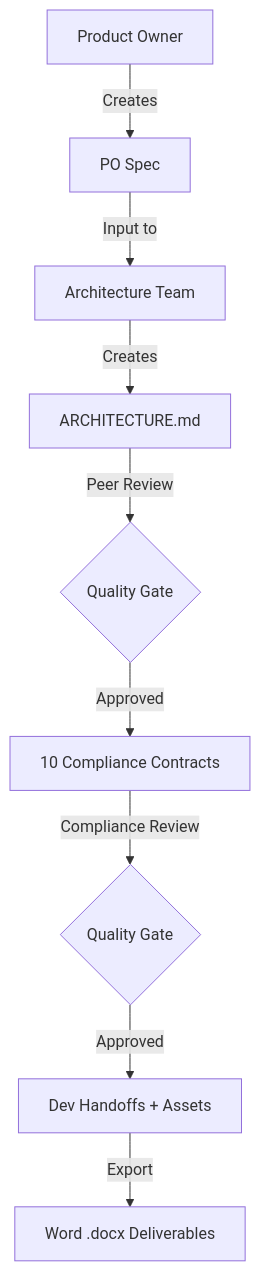
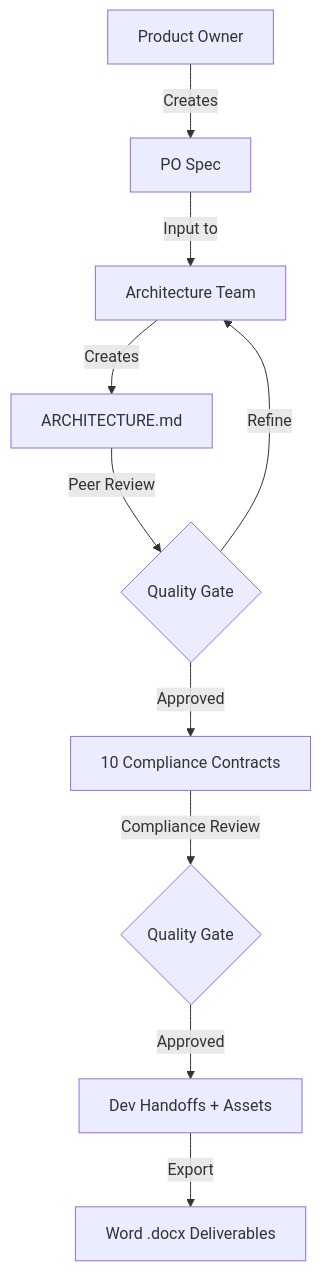
One commit to shadowX4fox/solutions-architect-skills changed the diagram in README.md. Above: the diagram before and after it, drawn with Mermaid. The commit also changed other lines of this file and 2 other files, not shown here.

Commit message:
docs: add refinement feedback edge from peer review Quality Gate back to Architecture Team v2.10.24

````diff
--- a/README.md
+++ b/README.md
@@ -481,11 +481,12 @@
 ```mermaid
 graph TD
     A[Product Owner] -->|Creates| B[PO Spec]
     B -->|Input to| C[Architecture Team]
     C -->|Creates| D[ARCHITECTURE.md]
     D -->|Peer Review| E{Quality Gate}
     E -->|Approved| F[10 Compliance Contracts]
+    E -->|Refine| C
     F -->|Compliance Review| G{Quality Gate}
     G -->|Approved| H[Dev Handoffs + Assets]
     H -->|Export| I[Word .docx Deliverables]
 ```
````
